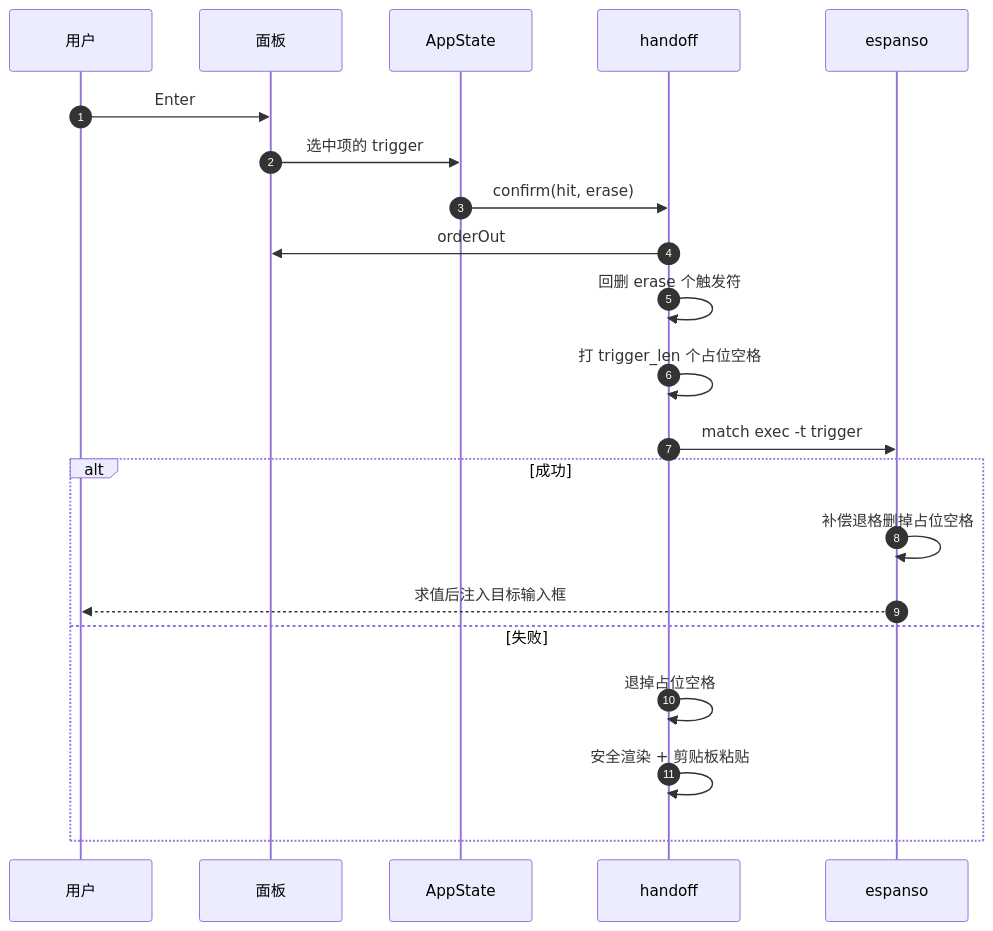
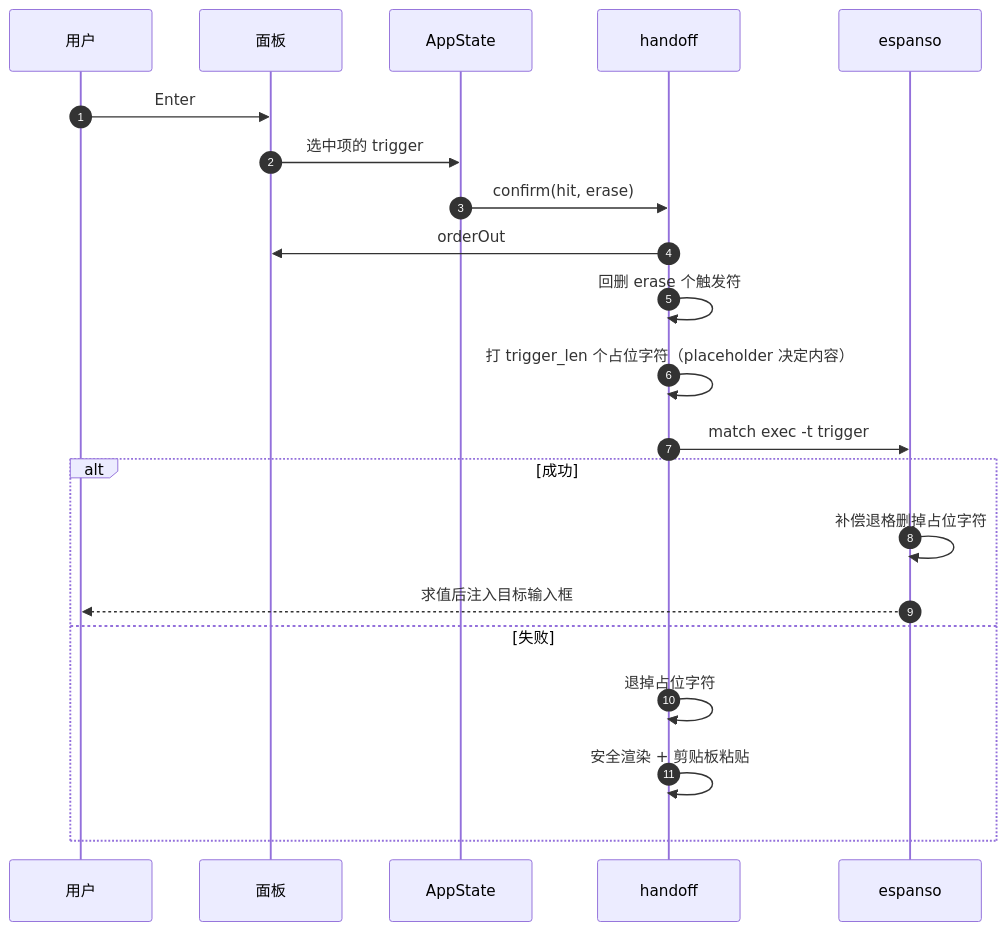
The second of 2 diagrams in docs/architecture.md (qzsiniong/semisnip), drawn with Mermaid before and after one commit. The commit also changed other lines of this file and 13 other files, not shown here.

````diff
--- a/docs/architecture.md
+++ b/docs/architecture.md
@@ -83,23 +85,23 @@
 ```mermaid
 sequenceDiagram
     autonumber
     participant U as 用户
     participant P as 面板
     participant S as AppState
     participant H as handoff
     participant E as espanso
     U->>P: Enter
     P->>S: 选中项的 trigger
     S->>H: confirm(hit, erase)
     H->>P: orderOut
     H->>H: 回删 erase 个触发符
-    H->>H: 打 trigger_len 个占位空格
+    H->>H: 打 trigger_len 个占位字符（placeholder 决定内容）
     H->>E: match exec -t trigger
     alt 成功
-        E->>E: 补偿退格删掉占位空格
+        E->>E: 补偿退格删掉占位字符
         E-->>U: 求值后注入目标输入框
     else 失败
-        H->>H: 退掉占位空格
+        H->>H: 退掉占位字符
         H->>H: 安全渲染 + 剪贴板粘贴
     end
 ```
````
